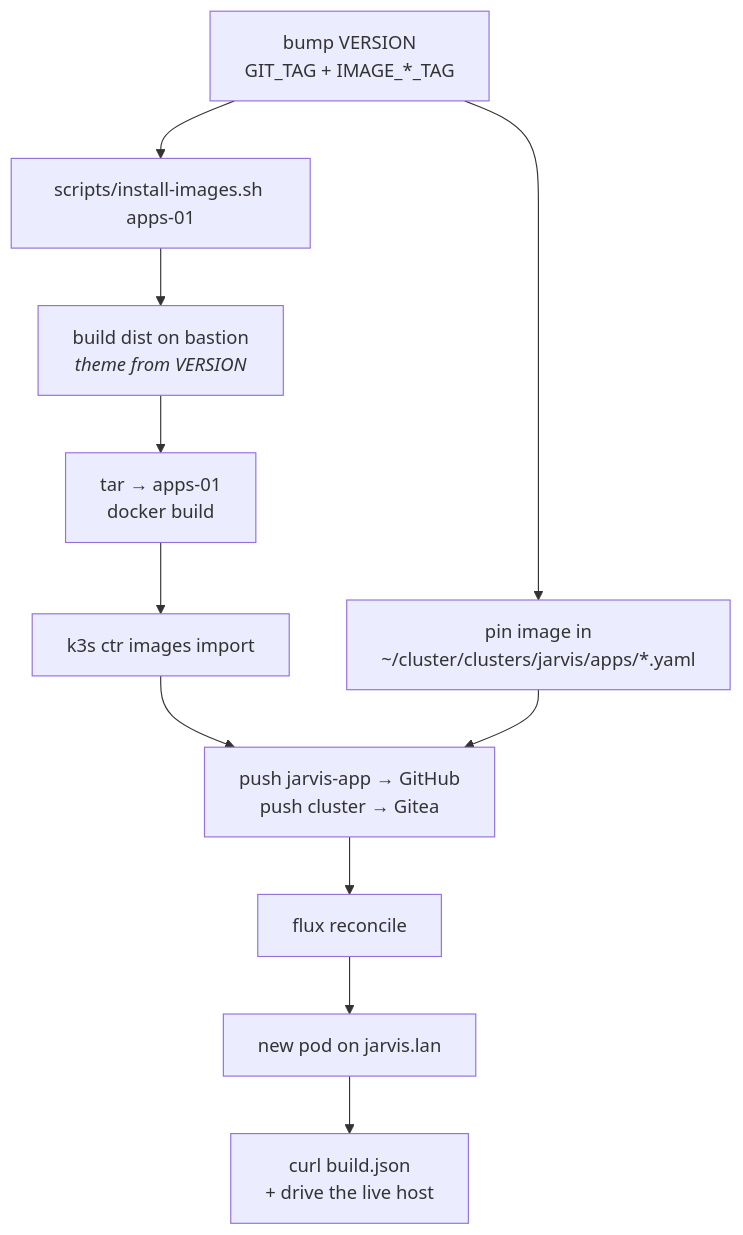
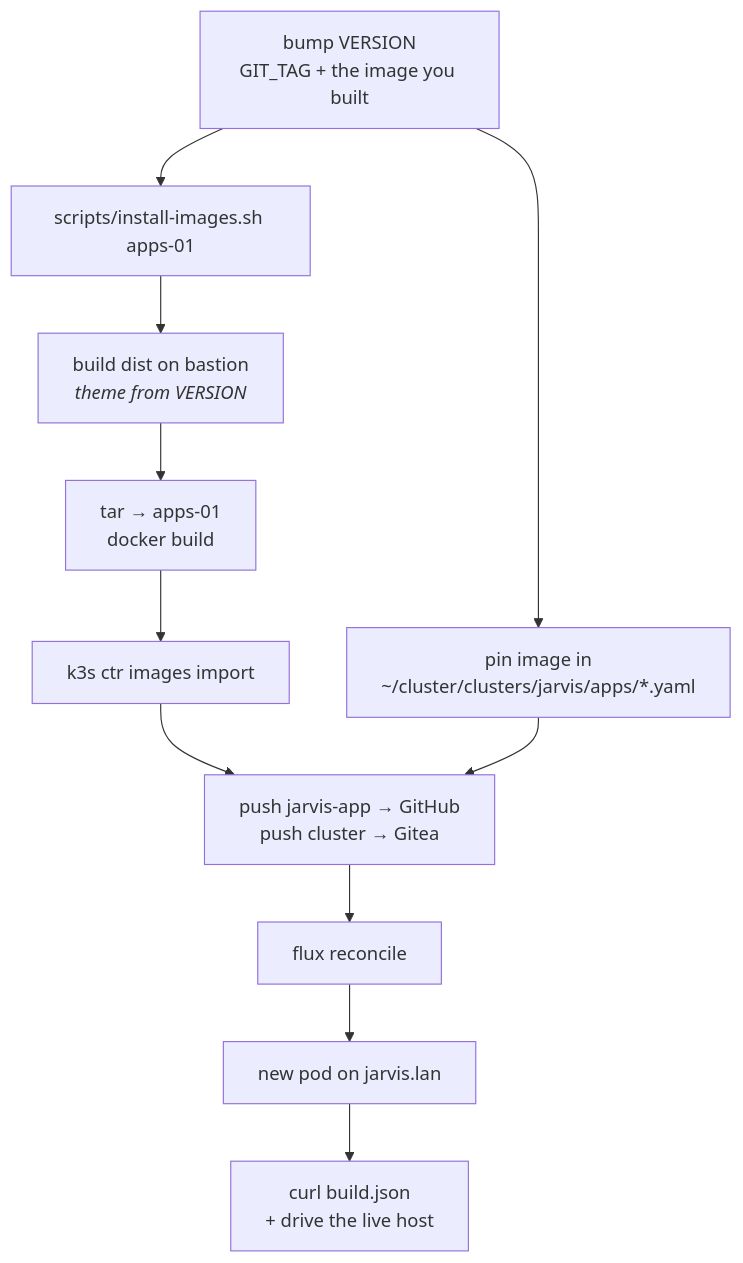
One commit to gordoncooper/jarvis-app changed the third of 3 diagrams in docs/WORKFLOW.md. Above: the diagram before and after it, drawn with Mermaid. The commit also changed other lines of this file and 2 other files, not shown here.

````diff
--- a/docs/WORKFLOW.md
+++ b/docs/WORKFLOW.md
@@ -120,13 +120,13 @@
 ```mermaid
 flowchart TD
-  V["bump VERSION<br/>GIT_TAG + IMAGE_*_TAG"] --> B["scripts/install-images.sh apps-01"]
+  V["bump VERSION<br/>GIT_TAG + the image you built"] --> B["scripts/install-images.sh apps-01"]
   B --> B1["build dist on bastion<br/><i>theme from VERSION</i>"]
   B1 --> B2["tar → apps-01<br/>docker build"]
   B2 --> B3["k3s ctr images import"]
   V --> P["pin image in<br/>~/cluster/clusters/jarvis/apps/*.yaml"]
   B3 --> PUSH
   P --> PUSH["push jarvis-app → GitHub<br/>push cluster → Gitea"]
   PUSH --> FLUX["flux reconcile"]
   FLUX --> POD["new pod on jarvis.lan"]
   POD --> CHK["curl build.json<br/>+ drive the live host"]
 ```
````
